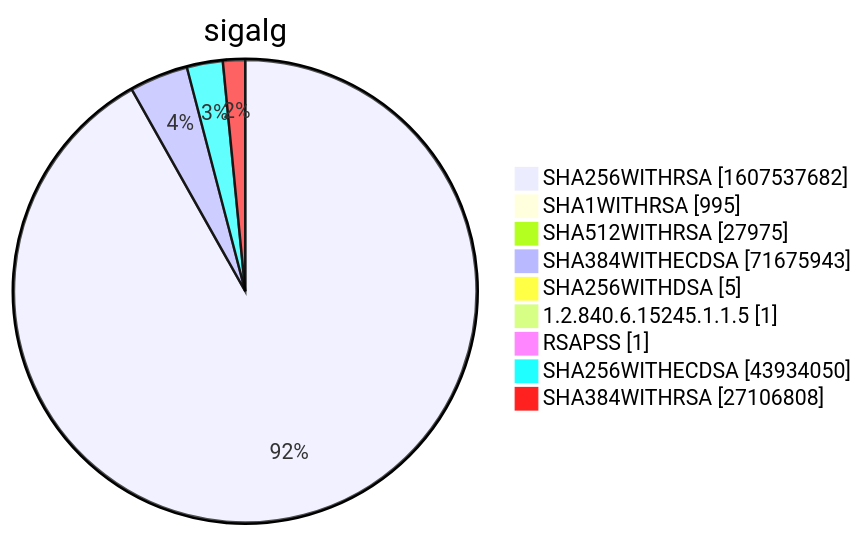
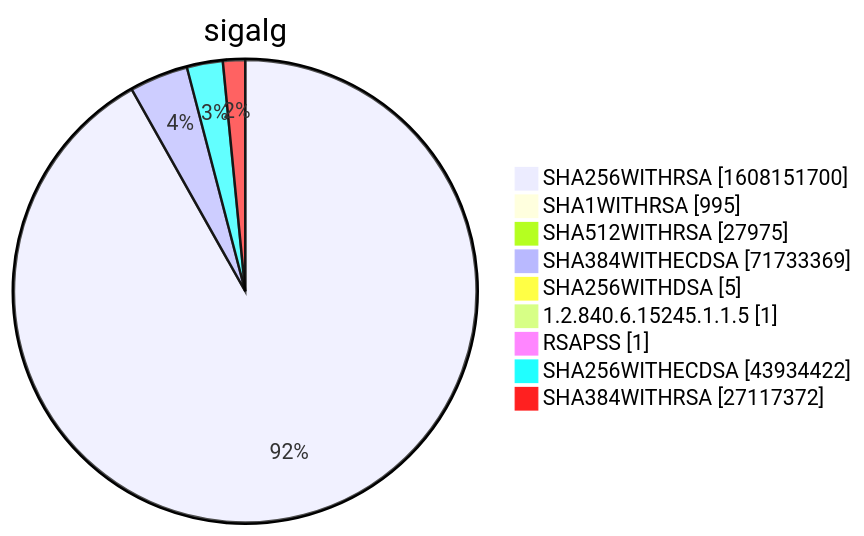
One commit to christiankrug/ctmonitor_visualization changed diagram 15 of 15 in xenon2022/README.md. Above: the diagram before and after it, drawn with Mermaid. The commit also changed other lines of this file, not shown here.

````diff
--- a/xenon2022/README.md
+++ b/xenon2022/README.md
@@ -5871,13 +5871,13 @@
 ```mermaid
 pie showData
 title sigalg
-"SHA256WITHRSA" :1607537682
+"SHA256WITHRSA" :1608151700
 "SHA1WITHRSA" :995
 "SHA512WITHRSA" :27975
-"SHA384WITHECDSA" :71675943
+"SHA384WITHECDSA" :71733369
 "SHA256WITHDSA" :5
 "1.2.840.6.15245.1.1.5" :1
 "RSAPSS" :1
-"SHA256WITHECDSA" :43934050
-"SHA384WITHRSA" :27106808
+"SHA256WITHECDSA" :43934422
+"SHA384WITHRSA" :27117372
 ```
````
